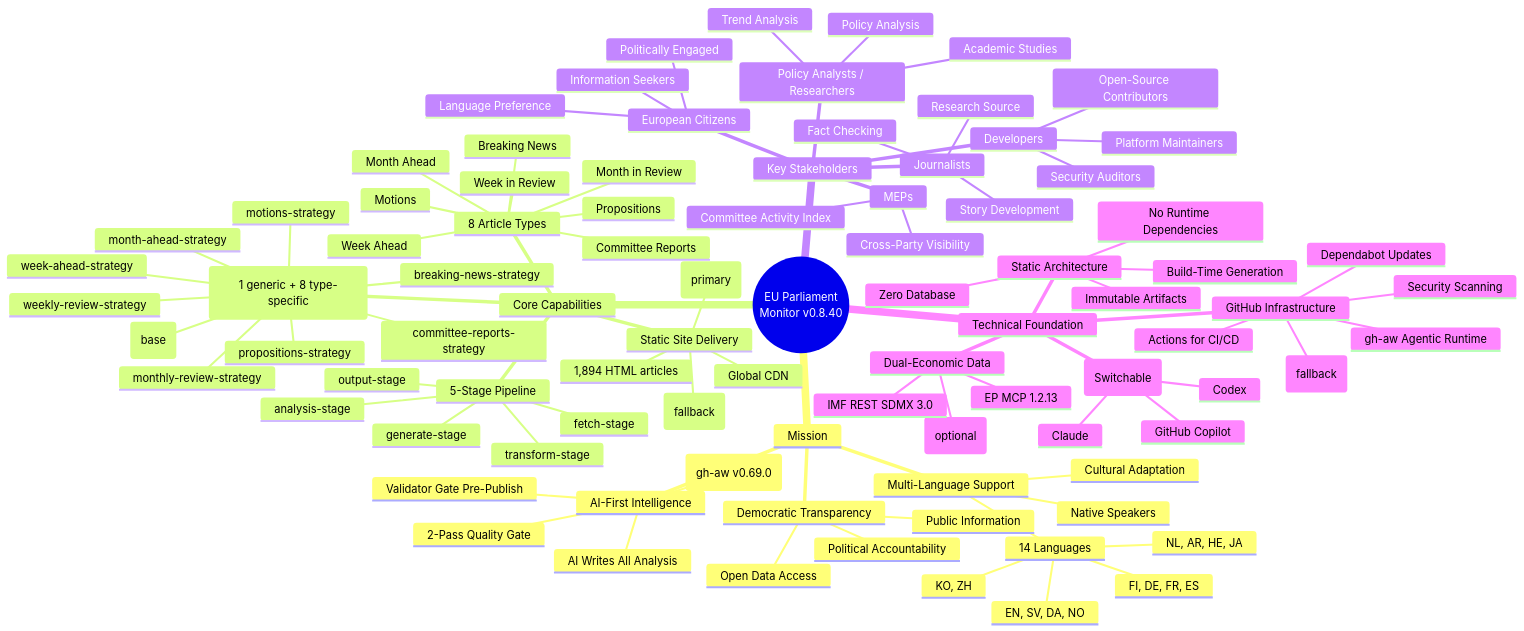
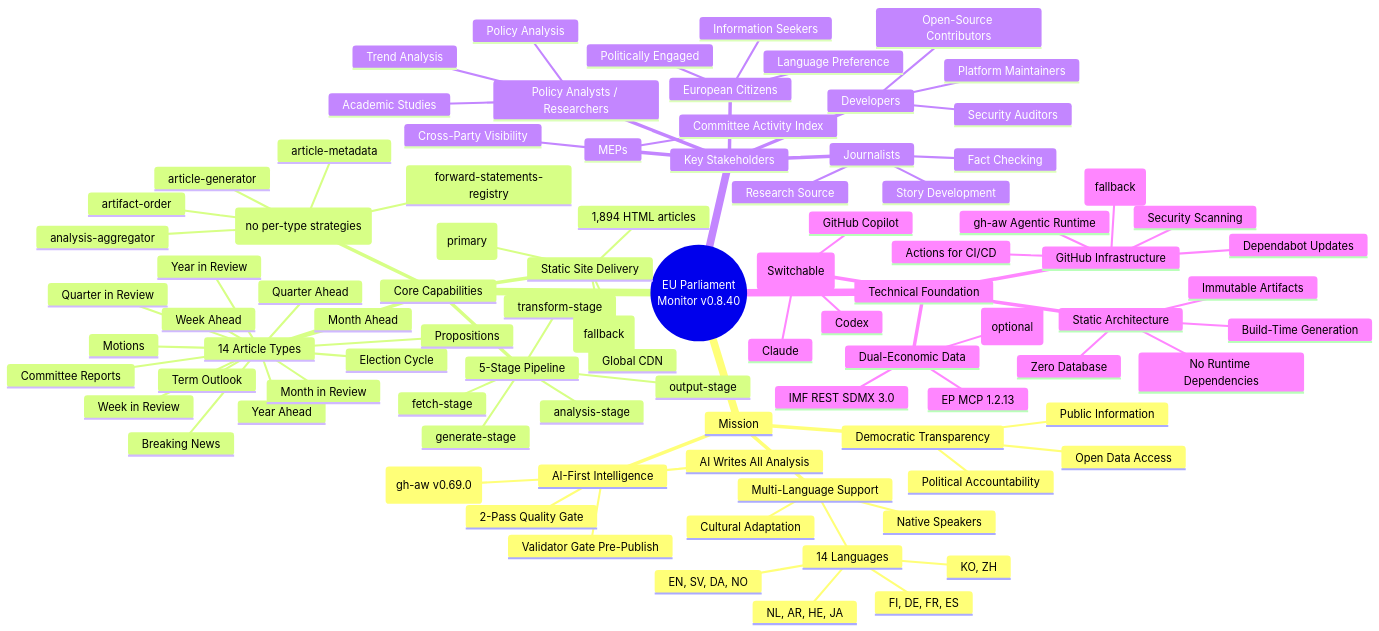
Before and after one commit to Hack23/euparliamentmonitor: the first of 12 diagrams in MINDMAP.md, drawn with Mermaid. The commit also changed other lines of this file and 867 other files, not shown here.

First line of the commit message:
docs: refresh top-level docs + ADR-007 + LOOK_AHEAD_DATA_FLOW + artifact catalog for Look-Ahead §10

```diff
--- a/MINDMAP.md
+++ b/MINDMAP.md
@@ -133,25 +133,27 @@
         Validator Gate Pre-Publish
 
     Core Capabilities
-      8 Article Types
+      14 Article Types
         Breaking News
         Week Ahead
+        Month Ahead
+        Quarter Ahead
+        Year Ahead
+        Term Outlook
+        Election Cycle
         Week in Review
-        Month Ahead
         Month in Review
+        Quarter in Review
+        Year in Review
         Committee Reports
         Motions
         Propositions
-      9 Strategies (1 generic + 8 type-specific)
-        article-strategy (base)
-        breaking-news-strategy
-        committee-reports-strategy
-        month-ahead-strategy
-        monthly-review-strategy
-        motions-strategy
-        propositions-strategy
-        week-ahead-strategy
-        weekly-review-strategy
+      Aggregator Pipeline (no per-type strategies)
+        article-generator
+        analysis-aggregator
+        article-metadata
+        artifact-order
+        forward-statements-registry
       5-Stage Pipeline
         fetch-stage
         transform-stage
```
